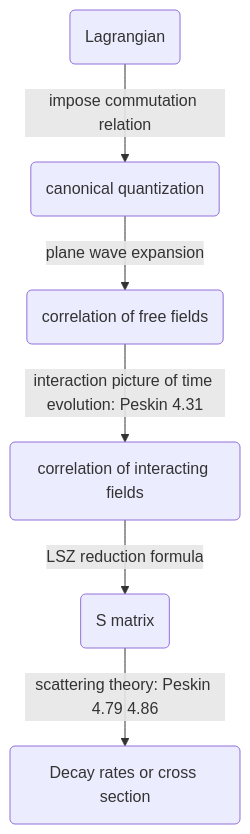
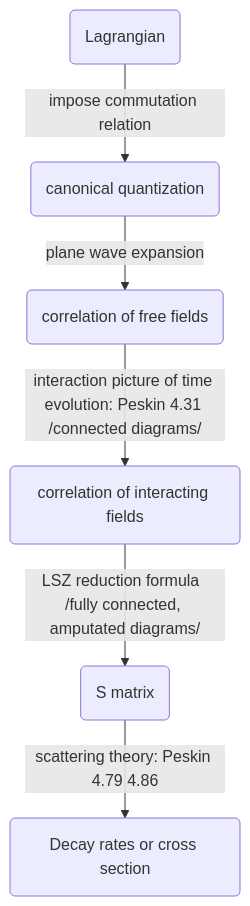
One commit to refraction-ray/general-notes changed the diagram in lectures/gauge field notes.md. Above: the diagram before and after it, drawn with Mermaid. The commit also changed other lines of this file and 1 other file, not shown here.

````diff
--- a/lectures/gauge field notes.md
+++ b/lectures/gauge field notes.md
@@ -33,9 +33,9 @@
 ```mermaid
 graph TD
 A(Lagrangian) -->|impose commutation relation|B(canonical quantization)
     B --> |plane wave expansion|C(correlation of free fields)
-    C --> |interaction picture of time evolution: Peskin 4.31|D(correlation of interacting fields)
-    D --> |LSZ reduction formula| E(S matrix)
+    C --> |interaction picture of time evolution: Peskin 4.31 /connected diagrams/|D(correlation of interacting fields)
+    D --> |LSZ reduction formula  /fully connected, amputated diagrams/| E(S matrix)
     E --> |scattering theory: Peskin 4.79 4.86| F(Decay rates or cross section)
     
 ```
````
